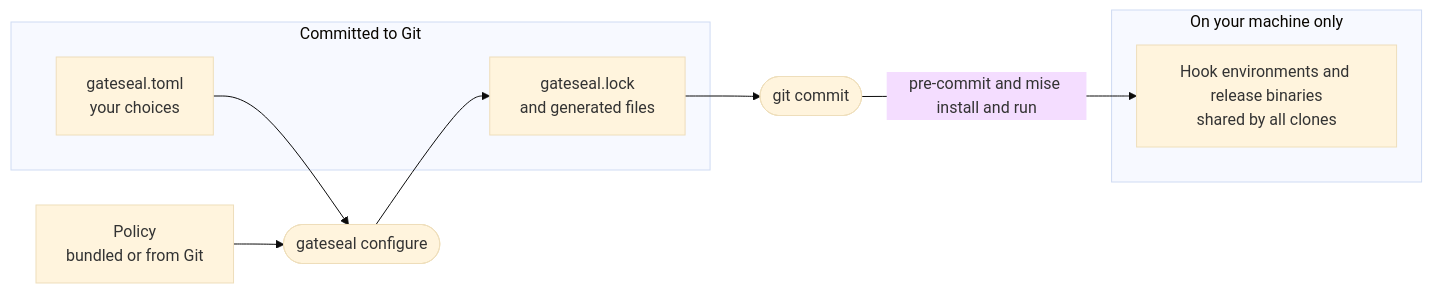
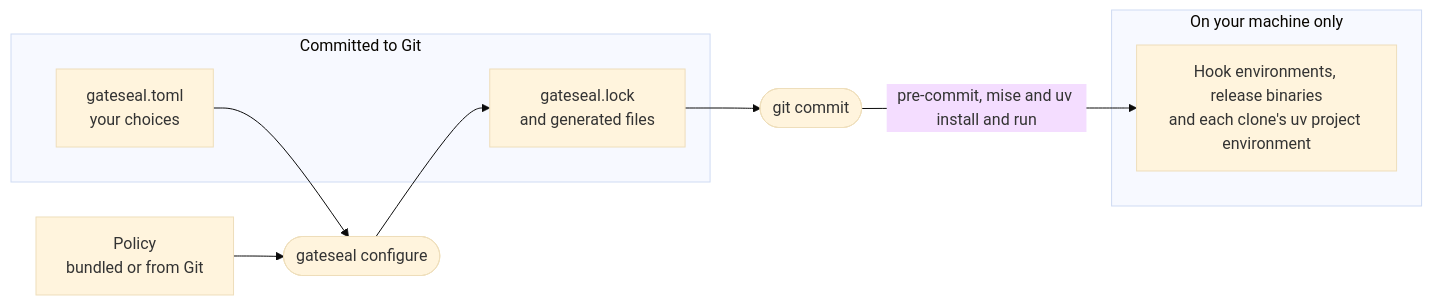
One commit to karstenevers/gateseal changed the first of 2 diagrams in docs/architecture.md. Above: the diagram before and after it, drawn with Mermaid (base theme). The commit also changed other lines of this file and 49 other files, not shown here.

````diff
--- a/docs/architecture.md
+++ b/docs/architecture.md
@@ -13,18 +13,18 @@
 ```mermaid
 flowchart LR
     accTitle: What gateseal keeps in Git and on your machine
-    accDescr: gateseal configure turns gateseal.toml and a policy into gateseal.lock and generated files, which you commit. Each commit runs the hooks that the generated files pin. pre-commit and mise install them once per machine.
+    accDescr: gateseal configure turns gateseal.toml and a policy into gateseal.lock and generated files, which you commit. Each commit runs the hooks that the generated files pin. pre-commit and mise install them once per machine, and uv installs a project tool's packages in each clone.
     policy["Policy<br/>bundled or from Git"]
     subgraph git["Committed to Git"]
         manifest["gateseal.toml<br/>your choices"]
         lock["gateseal.lock<br/>and generated files"]
     end
     subgraph machine["On your machine only"]
-        tools["Hook environments and release binaries<br/>shared by all clones"]
+        tools["Hook environments, release binaries<br/>and each clone's uv project environment"]
     end
     policy --> configure(["gateseal configure"])
     manifest --> configure
     configure --> lock
     lock --> commit(["git commit"])
-    commit -- "pre-commit and mise install and run" --> tools
+    commit -- "pre-commit, mise and uv install and run" --> tools
 ```
````
